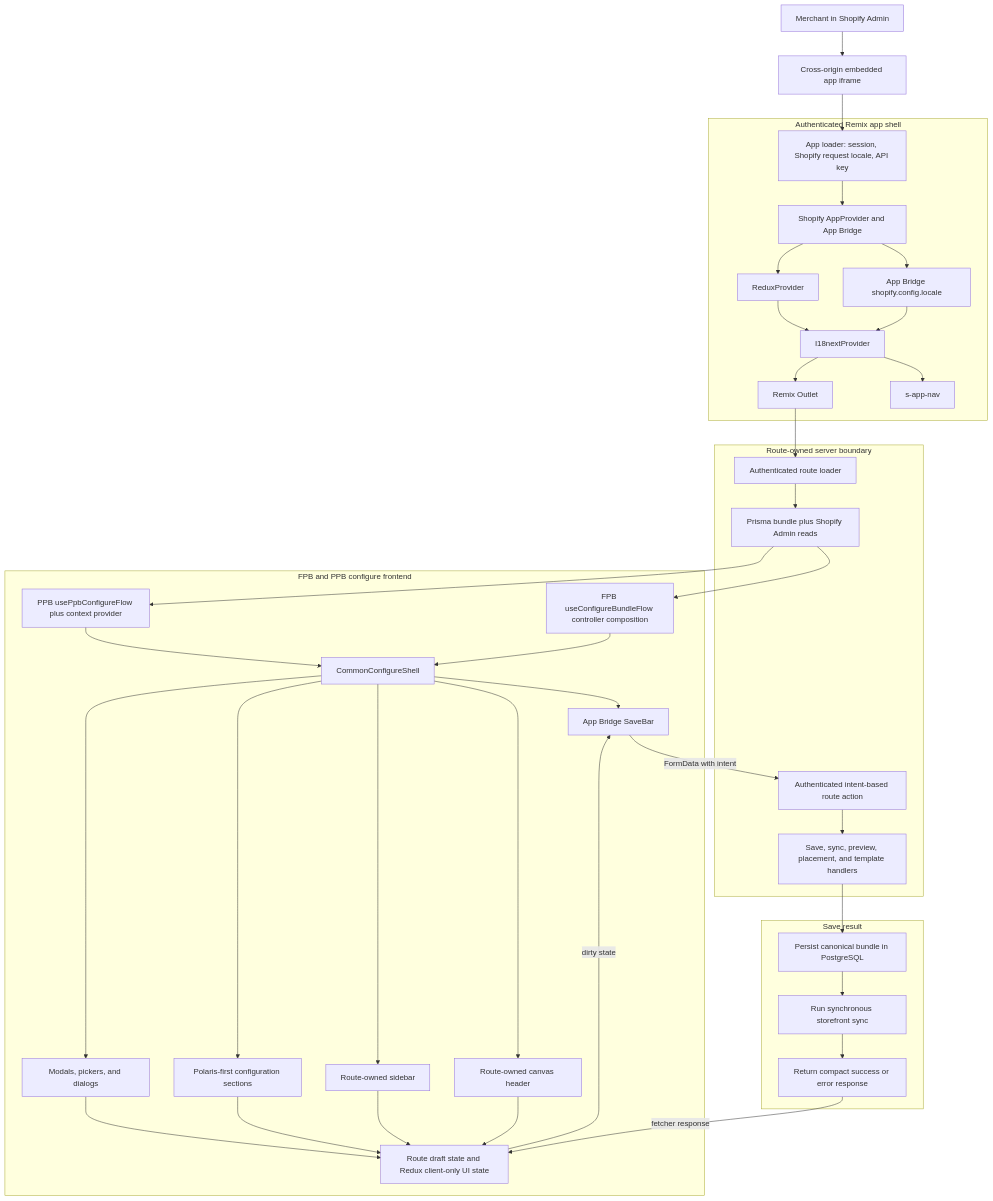
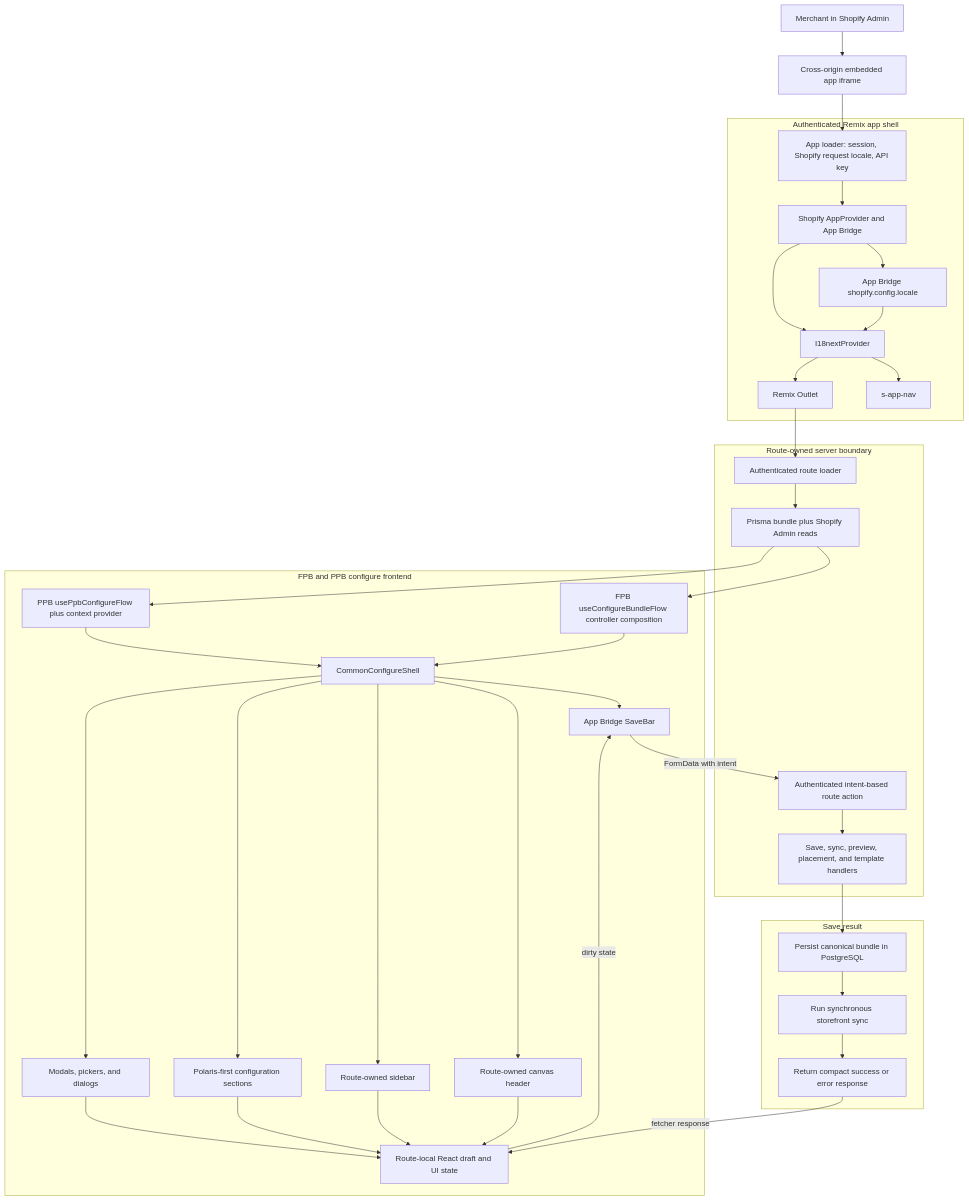
One commit to anuragyadav-git/wolfpack-product-bundles changed the diagram in internal docs/Architecture/Diagrams/Admin UI Frontend Architecture.md. Above: the diagram before and after it, drawn with Mermaid. The commit also changed other lines of this file and 322 other files, not shown here.

````diff
--- a/internal docs/Architecture/Diagrams/Admin UI Frontend Architecture.md
+++ b/internal docs/Architecture/Diagrams/Admin UI Frontend Architecture.md
@@ -56,72 +55,70 @@
 ```mermaid
 flowchart TB
     Admin[Merchant in Shopify Admin]
     Iframe[Cross-origin embedded app iframe]
 
     subgraph RouteShell[Authenticated Remix app shell]
         RootLoader[App loader: session, Shopify request locale, API key]
         NativeLocale[App Bridge shopify.config.locale]
         AppProvider[Shopify AppProvider and App Bridge]
-        Redux[ReduxProvider]
         I18n[I18nextProvider]
         Nav[s-app-nav]
         Outlet[Remix Outlet]
     end
 
     subgraph RouteData[Route-owned server boundary]
         Loader[Authenticated route loader]
         Action[Authenticated intent-based route action]
         LoadSources[Prisma bundle plus Shopify Admin reads]
         Handlers[Save, sync, preview, placement, and template handlers]
     end
 
     subgraph Configure[FPB and PPB configure frontend]
         FpbFlow[FPB useConfigureBundleFlow controller composition]
         PpbFlow[PPB usePpbConfigureFlow plus context provider]
         SharedShell[CommonConfigureShell]
         Header[Route-owned canvas header]
         Sidebar[Route-owned sidebar]
         Sections[Polaris-first configuration sections]
         Overlays[Modals, pickers, and dialogs]
         SaveBar[App Bridge SaveBar]
-        Draft[Route draft state and Redux client-only UI state]
+        Draft[Route-local React draft and UI state]
     end
 
     subgraph ServerEffects[Save result]
         Persist[Persist canonical bundle in PostgreSQL]
         Sync[Run synchronous storefront sync]
         Compact[Return compact success or error response]
     end
 
     Admin --> Iframe
     Iframe --> RootLoader
     RootLoader --> AppProvider
     AppProvider --> NativeLocale
-    AppProvider --> Redux
-    Redux --> I18n
+    AppProvider --> I18n
     NativeLocale --> I18n
     I18n --> Nav
     I18n --> Outlet
     Outlet --> Loader
     Loader --> LoadSources
     LoadSources --> FpbFlow
     LoadSources --> PpbFlow
     FpbFlow --> SharedShell
     PpbFlow --> SharedShell
     SharedShell --> SaveBar
     SharedShell --> Header
     SharedShell --> Sidebar
     SharedShell --> Sections
     SharedShell --> Overlays
     Header --> Draft
     Sidebar --> Draft
     Sections --> Draft
     Overlays --> Draft
     Draft -->|dirty state| SaveBar
     SaveBar -->|FormData with intent| Action
     Action --> Handlers
     Handlers --> Persist
     Persist --> Sync
     Sync --> Compact
     Compact -->|fetcher response| Draft
 ```
````
